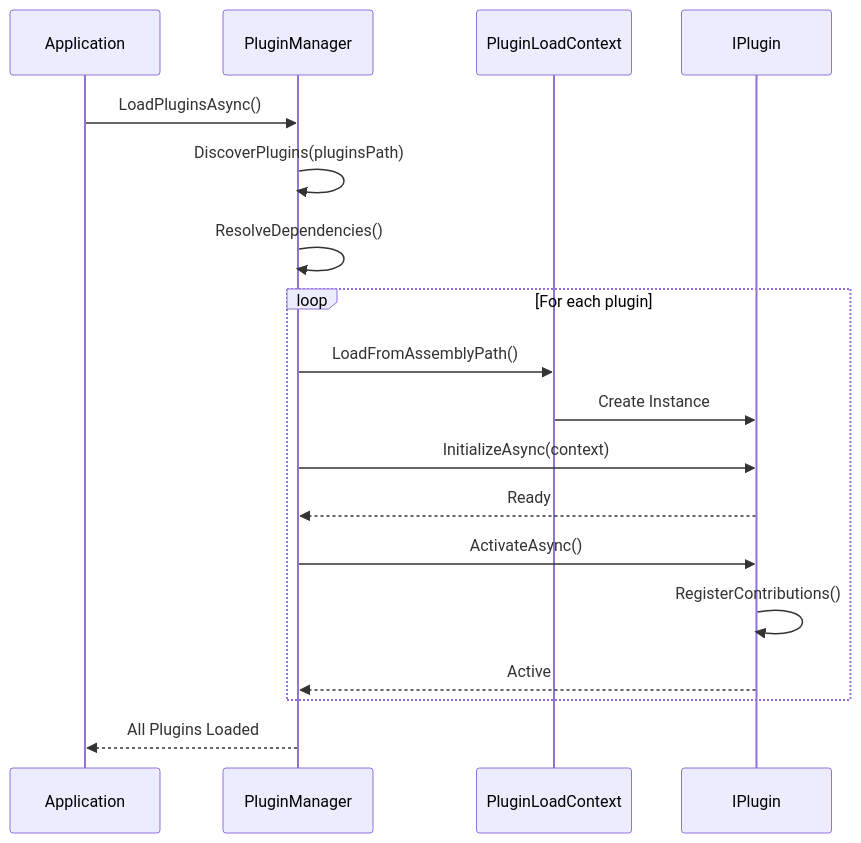
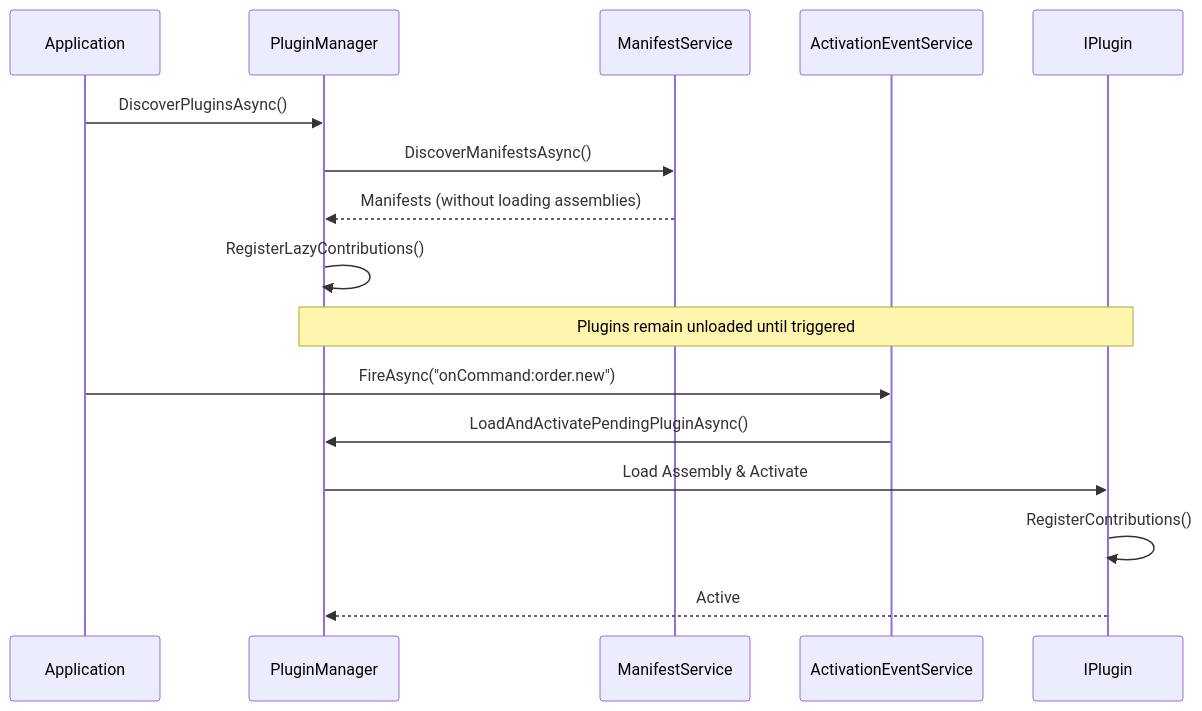
Before and after one commit to jrjohn/arcana-windows: the fourth of 8 diagrams in README.md, drawn with Mermaid. The commit also changed other lines of this file and 1 other file, not shown here.

````diff
--- a/README.md
+++ b/README.md
@@ -495,23 +500,21 @@
 ```mermaid
 sequenceDiagram
     participant App as Application
     participant PM as PluginManager
-    participant PLC as PluginLoadContext
+    participant MS as ManifestService
+    participant AE as ActivationEventService
     participant Plugin as IPlugin
 
-    App->>PM: LoadPluginsAsync()
-    PM->>PM: DiscoverPlugins(pluginsPath)
-    PM->>PM: ResolveDependencies()
+    App->>PM: DiscoverPluginsAsync()
+    PM->>MS: DiscoverManifestsAsync()
+    MS-->>PM: Manifests (without loading assemblies)
+    PM->>PM: RegisterLazyContributions()
 
-    loop For each plugin
-        PM->>PLC: LoadFromAssemblyPath()
-        PLC->>Plugin: Create Instance
-        PM->>Plugin: InitializeAsync(context)
-        Plugin-->>PM: Ready
-        PM->>Plugin: ActivateAsync()
-        Plugin->>Plugin: RegisterContributions()
-        Plugin-->>PM: Active
-    end
+    Note over PM,Plugin: Plugins remain unloaded until triggered
 
-    PM-->>App: All Plugins Loaded
+    App->>AE: FireAsync("onCommand:order.new")
+    AE->>PM: LoadAndActivatePendingPluginAsync()
+    PM->>Plugin: Load Assembly & Activate
+    Plugin->>Plugin: RegisterContributions()
+    Plugin-->>PM: Active
 ```
````
